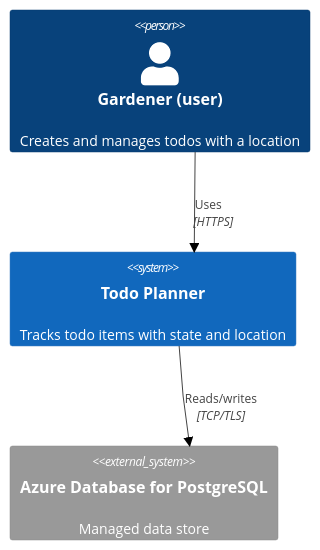
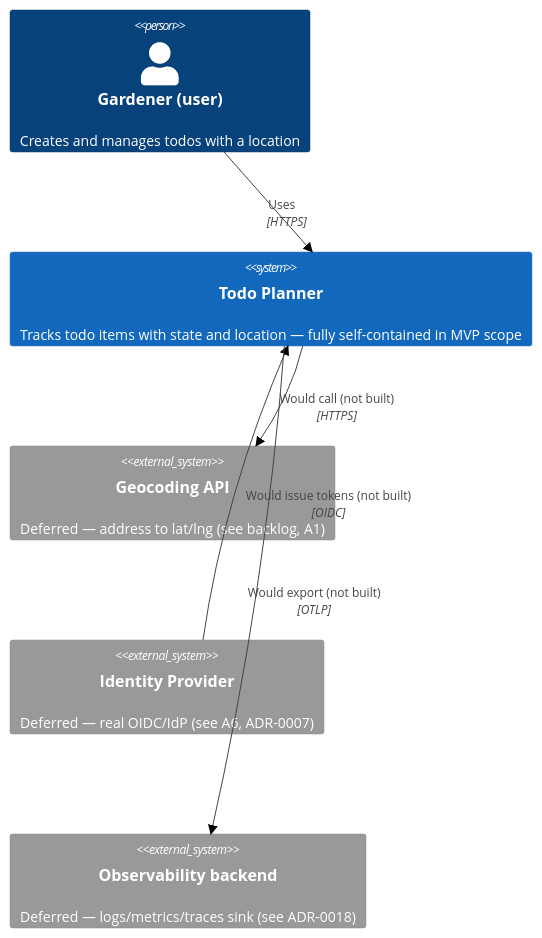
The first of 2 diagrams in docs/architecture.md (ring9834/A_System_Deployed_CI-CD), drawn with Mermaid (neutral theme) before and after one commit. The commit also changed other lines of this file and 10 other files, not shown here.

````diff
--- a/docs/architecture.md
+++ b/docs/architecture.md
@@ -12,8 +37,12 @@
 ```mermaid
 C4Context
   Person(user, "Gardener (user)", "Creates and manages todos with a location")
-  System(app, "Todo Planner", "Tracks todo items with state and location")
-  System_Ext(azuredb, "Azure Database for PostgreSQL", "Managed data store")
+  System(app, "Todo Planner", "Tracks todo items with state and location — fully self-contained in MVP scope")
+  System_Ext(geocode, "Geocoding API", "Deferred — address to lat/lng (see backlog, A1)")
+  System_Ext(idp, "Identity Provider", "Deferred — real OIDC/IdP (see A6, ADR-0007)")
+  System_Ext(obs, "Observability backend", "Deferred — logs/metrics/traces sink (see ADR-0018)")
   Rel(user, app, "Uses", "HTTPS")
-  Rel(app, azuredb, "Reads/writes", "TCP/TLS")
+  Rel(app, geocode, "Would call (not built)", "HTTPS")
+  Rel(idp, app, "Would issue tokens (not built)", "OIDC")
+  Rel(app, obs, "Would export (not built)", "OTLP")
 ```
````
